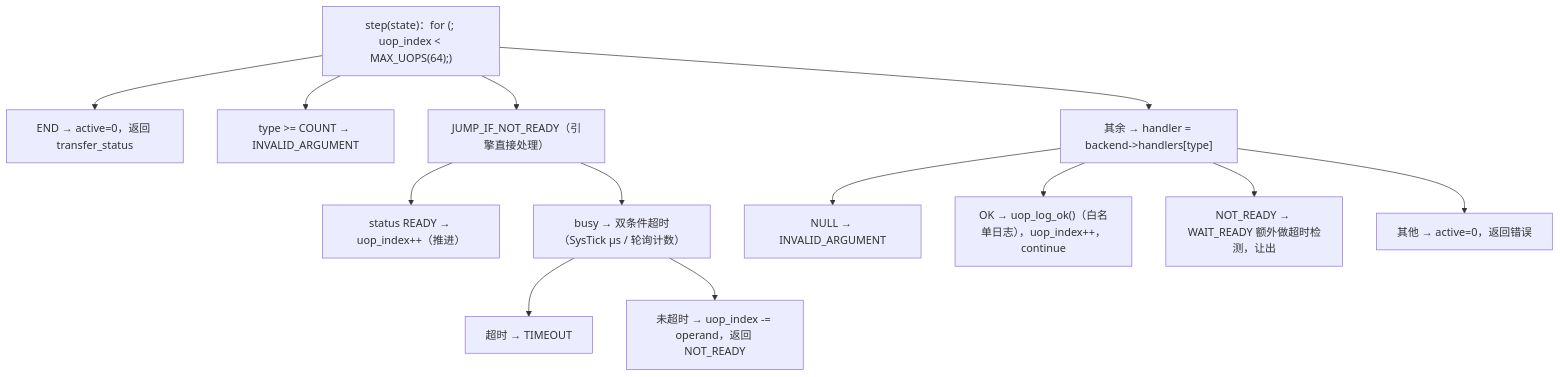
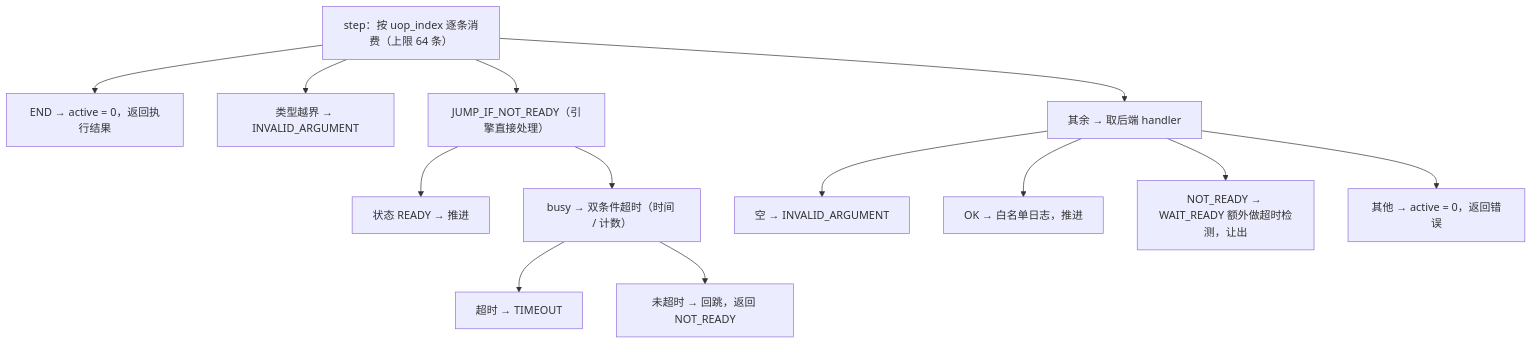
The seventh of 20 diagrams in docs/design/fc_nand_design.md (YzYMIAO/BASESSD), drawn with Mermaid before and after one commit. The commit also changed other lines of this file, not shown here.

````diff
--- a/docs/design/fc_nand_design.md
+++ b/docs/design/fc_nand_design.md
@@ -555,16 +1539,16 @@
 ```mermaid
 flowchart TB
-    STEP["step(state)：for (; uop_index &lt; MAX_UOPS(64);)"]
-    STEP --> E1["END → active=0，返回 transfer_status"]
-    STEP --> E2["type >= COUNT → INVALID_ARGUMENT"]
+    STEP["step：按 uop_index 逐条消费（上限 64 条）"]
+    STEP --> E1["END → active = 0，返回执行结果"]
+    STEP --> E2["类型越界 → INVALID_ARGUMENT"]
     STEP --> J["JUMP_IF_NOT_READY（引擎直接处理）"]
-    J --> J1["status READY → uop_index++（推进）"]
-    J --> J2["busy → 双条件超时（SysTick µs / 轮询计数）"]
+    J --> J1["状态 READY → 推进"]
+    J --> J2["busy → 双条件超时（时间 / 计数）"]
     J2 --> J2A["超时 → TIMEOUT"]
-    J2 --> J2B["未超时 → uop_index -= operand，返回 NOT_READY"]
-    STEP --> H["其余 → handler = backend->handlers[type]"]
-    H --> H1["NULL → INVALID_ARGUMENT"]
-    H --> H2["OK → uop_log_ok()（白名单日志），uop_index++，continue"]
+    J2 --> J2B["未超时 → 回跳，返回 NOT_READY"]
+    STEP --> H["其余 → 取后端 handler"]
+    H --> H1["空 → INVALID_ARGUMENT"]
+    H --> H2["OK → 白名单日志，推进"]
     H --> H3["NOT_READY → WAIT_READY 额外做超时检测，让出"]
-    H --> H4["其他 → active=0，返回错误"]
+    H --> H4["其他 → active = 0，返回错误"]
 ```
````
